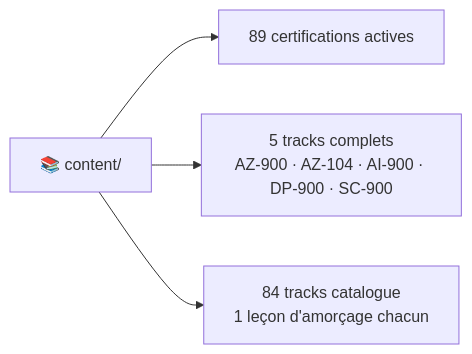
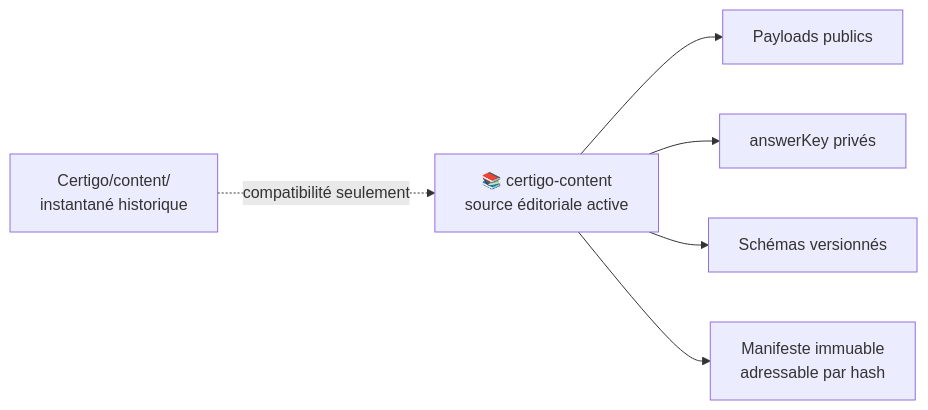
The third of 5 diagrams in docs/ETAT_DU_PROJET.md (gaby27072001/certigo), drawn with Mermaid before and after one commit. The commit also changed other lines of this file and 33 other files, not shown here.

````diff
--- a/docs/ETAT_DU_PROJET.md
+++ b/docs/ETAT_DU_PROJET.md
@@ -142,6 +143,8 @@
 ```mermaid
 graph LR
-    C["📚 content/"] --> ACT["89 certifications actives"]
-    C --> RICH["5 tracks complets<br/>AZ-900 · AZ-104 · AI-900 · DP-900 · SC-900"]
-    C --> MIN["84 tracks catalogue<br/>1 leçon d'amorçage chacun"]
+    E["📚 certigo-content<br/>source éditoriale active"] --> P["Payloads publics"]
+    E --> K["answerKey privés"]
+    E --> S["Schémas versionnés"]
+    E --> M["Manifeste immuable<br/>adressable par hash"]
+    H["Certigo/content/<br/>instantané historique"] -. "compatibilité seulement" .-> E
 ```
````
